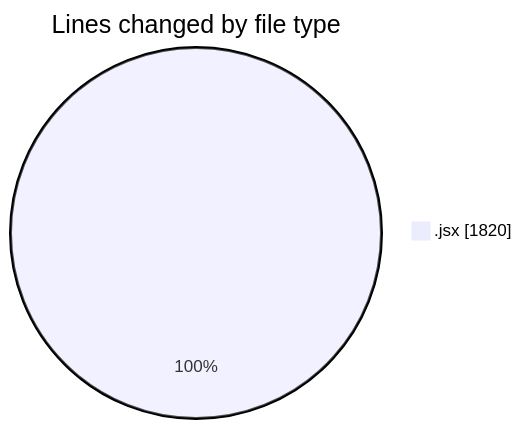
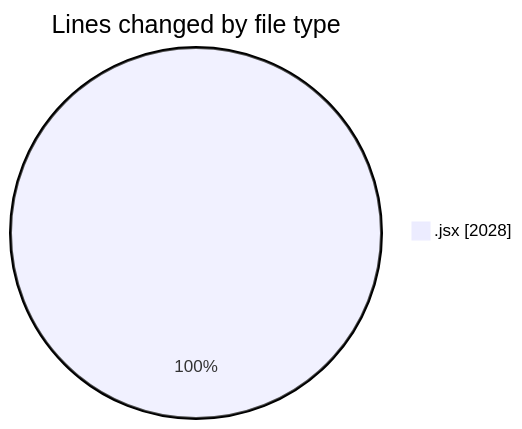
Before and after one commit to nxtqubesakshisongat/code-tracking: the first of 2 diagrams in 2025-07-07/argos/README.md, drawn with Mermaid. The commit also changed other lines of this file and 1 other file, not shown here.

````diff
--- a/2025-07-07/argos/README.md
+++ b/2025-07-07/argos/README.md
@@ -20,5 +22,5 @@
 ```mermaid
 pie showData
 title Lines changed by file type
-".jsx" : 1820
+".jsx" : 2028
 ```
````
